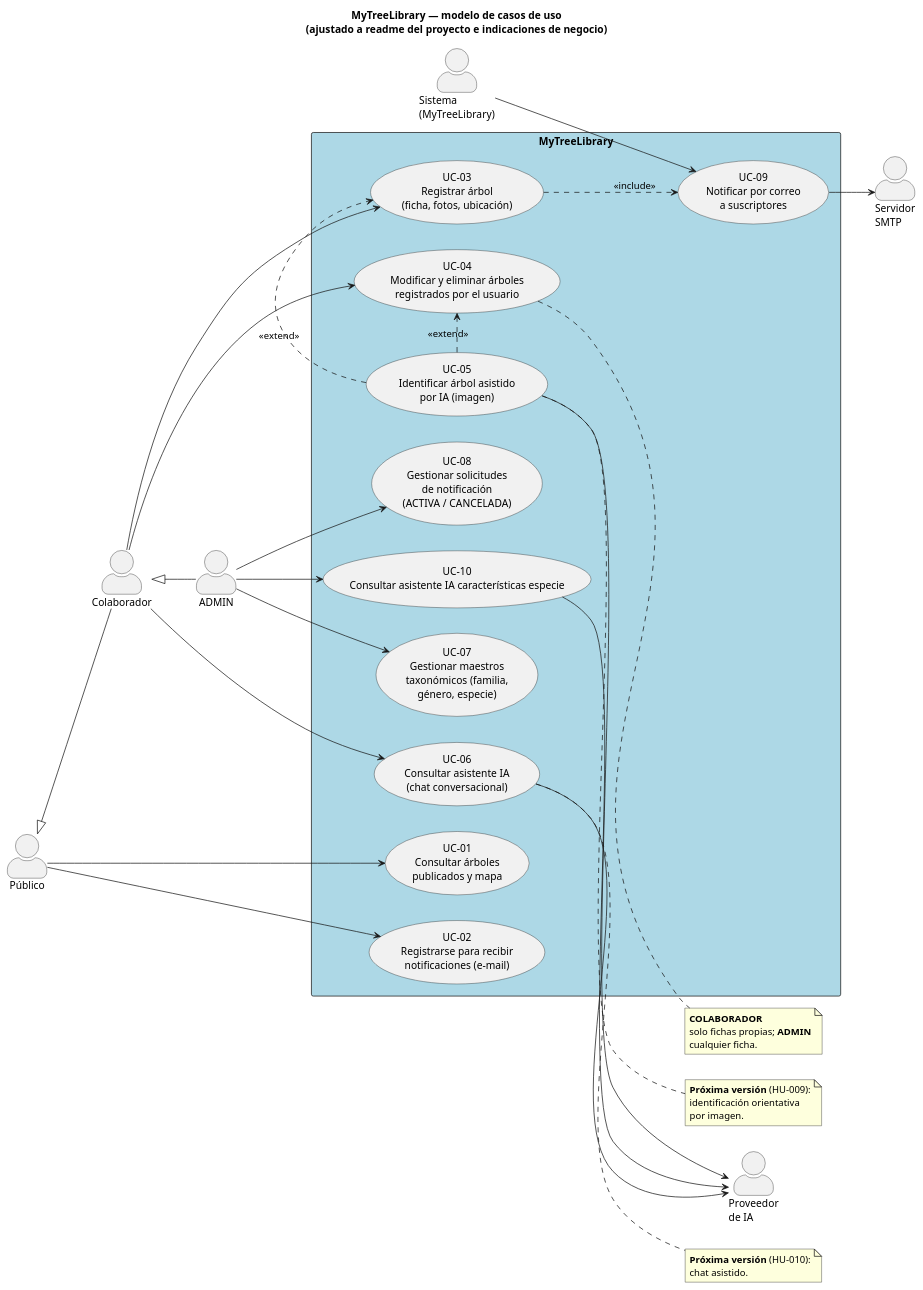
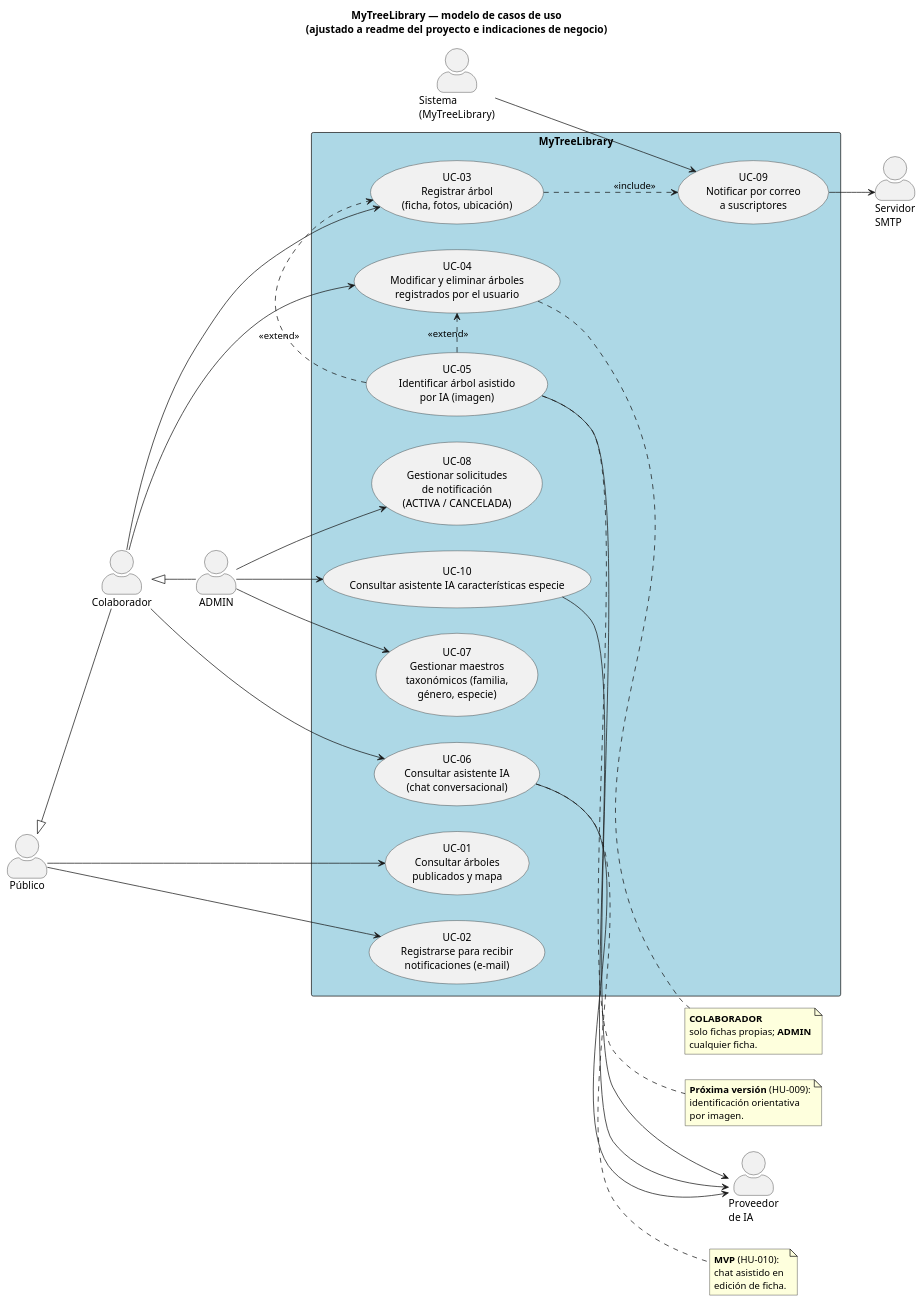
The diagram in docs/use-cases/use-case-model.puml (ldefrutos1/AI4Devs-finalproject), drawn with PlantUML before and after one commit. The commit also changed 74 other files, not shown here.

First line of the commit message:
feat(HU-010): chat asistido en edición de ficha (UC-06)

```diff
--- a/docs/use-cases/use-case-model.puml
+++ b/docs/use-cases/use-case-model.puml
@@ -1,82 +1,83 @@
 @startuml modelo_casos_uso_mtl
 title MyTreeLibrary — modelo de casos de uso\n(ajustado a readme del proyecto e indicaciones de negocio)
 
 skinparam packageStyle rectangle
 skinparam actorStyle awesome
 left to right direction
 
 actor "Público" as Publico
 actor "Colaborador" as Colaborador
 actor "ADMIN" as Admin
 actor "Sistema\n(MyTreeLibrary)" as Sistema
 actor "Proveedor\nde IA" as ProvIA
 actor "Servidor\nSMTP" as SMTP
 
 Publico <|-- Colaborador
 Colaborador <|-- Admin
 
 rectangle "MyTreeLibrary" #LightBlue {
   usecase "UC-01\nConsultar árboles\npublicados y mapa" as UC1
   usecase "UC-02\nRegistrarse para recibir\nnotificaciones (e-mail)" as UC2
 
   usecase "UC-03\nRegistrar árbol\n(ficha, fotos, ubicación)" as UC3
   usecase "UC-04\nModificar y eliminar árboles\nregistrados por el usuario" as UC4
   usecase "UC-05\nIdentificar árbol asistido\npor IA (imagen)" as UC5
 
   usecase "UC-06\nConsultar asistente IA\n(chat conversacional)" as UC6
 
   usecase "UC-07\nGestionar maestros\ntaxonómicos (familia,\ngénero, especie)" as UC7
   usecase "UC-08\nGestionar solicitudes\nde notificación\n(ACTIVA / CANCELADA)" as UC8
 
   usecase "UC-09\nNotificar por correo\na suscriptores" as UC9
 
   usecase "UC-10\nConsultar asistente IA características especie" as UC10
 }
 
 ' --- Público (sin autenticación) ---
 Publico --> UC1
 Publico --> UC2
 
 ' --- Colaborador (requiere autenticación; hereda Público) ---
 Colaborador --> UC3
 Colaborador --> UC4
 Colaborador --> UC6
 
 UC5 .> UC3 : <<extend>>
 UC5 .> UC4 : <<extend>>
 
 note right of UC4
   **COLABORADOR**
   solo fichas propias; **ADMIN**
   cualquier ficha.
 end note
 
 ' --- ADMIN (requiere autenticación; hereda Colaborador) ---
 Admin --> UC7
 Admin --> UC8
 Admin --> UC10
 
 
 ' --- Notificaciones automáticas (sistema) ---
 Sistema --> UC9
 UC3 ..> UC9 : <<include>>
 
 UC9 --> SMTP
 
 UC5 --> ProvIA
 UC6 --> ProvIA
 UC10 --> ProvIA
 
 note right of UC5
   **Próxima versión** (HU-009):
   identificación orientativa
   por imagen.
 end note
 
 note right of UC6
-  **Próxima versión** (HU-010):
-  chat asistido.
+  **MVP** (HU-010):
+  chat asistido en
+  edición de ficha.
 end note
 
 
 @enduml
```
